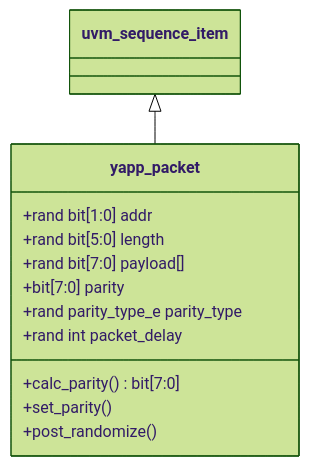
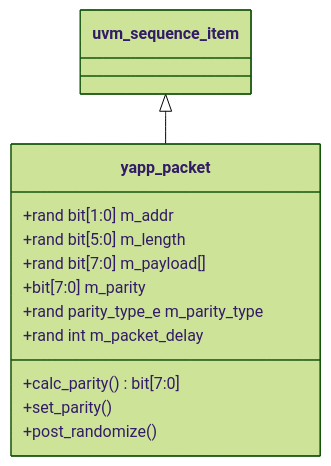
One commit to tamirgabgab/Qcom-Mentoring changed the diagram in docs/labs/lab01.md. Above: the diagram before and after it, drawn with Mermaid (forest theme). The commit also changed 83 other files, not shown here.

First line of the commit message:
Site diagrams use the code's variable names

````diff
--- a/docs/labs/lab01.md
+++ b/docs/labs/lab01.md
@@ -29,15 +29,15 @@
 ```mermaid
 classDiagram
     class yapp_packet {
-        +rand bit[1:0] addr
-        +rand bit[5:0] length
-        +rand bit[7:0] payload[]
-        +bit[7:0] parity
-        +rand parity_type_e parity_type
-        +rand int packet_delay
+        +rand bit[1:0] m_addr
+        +rand bit[5:0] m_length
+        +rand bit[7:0] m_payload[]
+        +bit[7:0] m_parity
+        +rand parity_type_e m_parity_type
+        +rand int m_packet_delay
         +calc_parity() bit[7:0]
         +set_parity()
         +post_randomize()
     }
     uvm_sequence_item <|-- yapp_packet
 ```
````
